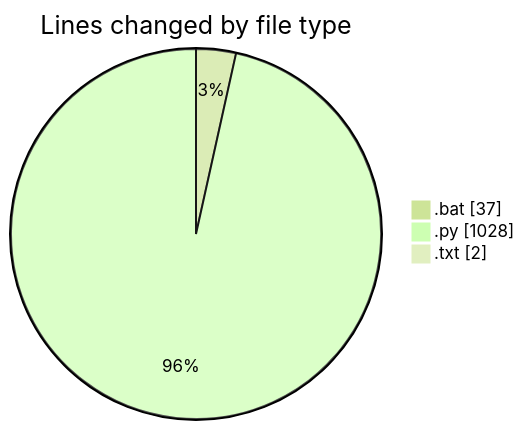
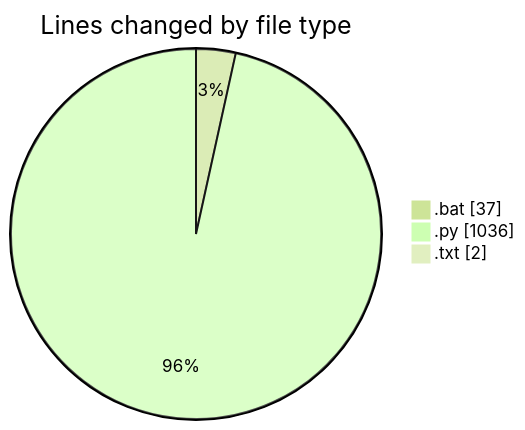
One commit to FelipKnott/code-tracking changed the first of 2 diagrams in 2025-07-04/cursor/README.md. Above: the diagram before and after it, drawn with Mermaid (forest theme). The commit also changed other lines of this file and 1 other file, not shown here.

````diff
--- a/2025-07-04/cursor/README.md
+++ b/2025-07-04/cursor/README.md
@@ -35,7 +35,7 @@
 ```mermaid
 pie showData
 title Lines changed by file type
 ".bat" : 37
-".py" : 1028
+".py" : 1036
 ".txt" : 2
 ```
````
